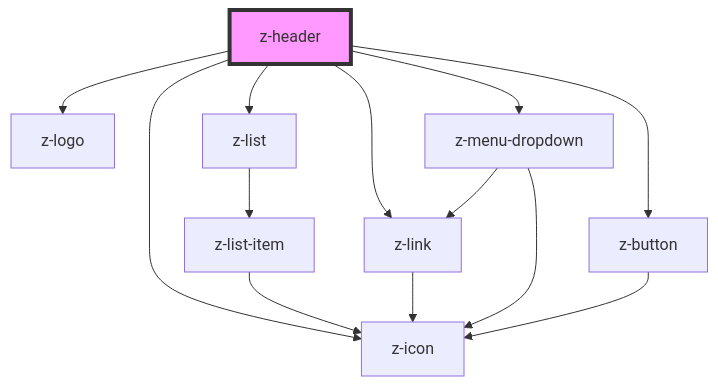
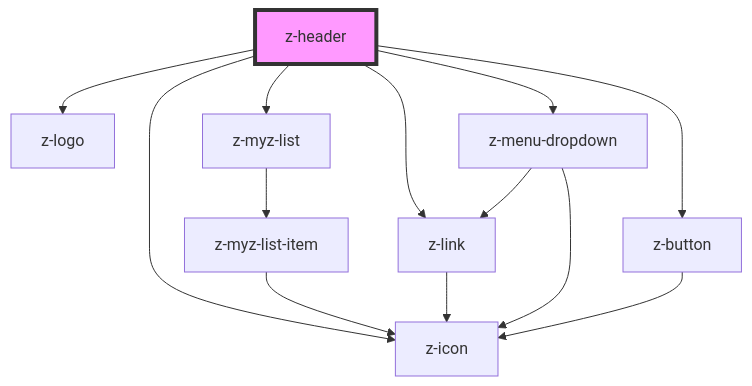
One commit to ZanichelliEditore/design-system changed the diagram in src/components/navigation/z-header/readme.md. Above: the diagram before and after it, drawn with Mermaid. The commit also changed other lines of this file and 7 other files, not shown here.

````diff
--- a/src/components/navigation/z-header/readme.md
+++ b/src/components/navigation/z-header/readme.md
@@ -105,16 +105,16 @@
 ```mermaid
 graph TD;
   z-header --> z-logo
-  z-header --> z-list
+  z-header --> z-myz-list
   z-header --> z-link
   z-header --> z-menu-dropdown
   z-header --> z-button
   z-header --> z-icon
-  z-list --> z-list-item
-  z-list-item --> z-icon
+  z-myz-list --> z-myz-list-item
+  z-myz-list-item --> z-icon
   z-link --> z-icon
   z-menu-dropdown --> z-link
   z-menu-dropdown --> z-icon
   z-button --> z-icon
   style z-header fill:#f9f,stroke:#333,stroke-width:4px
 ```
````
